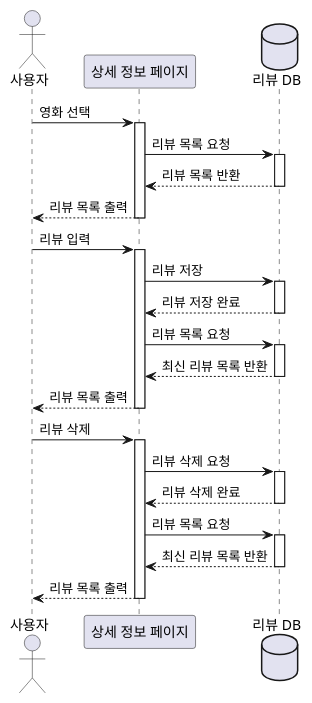
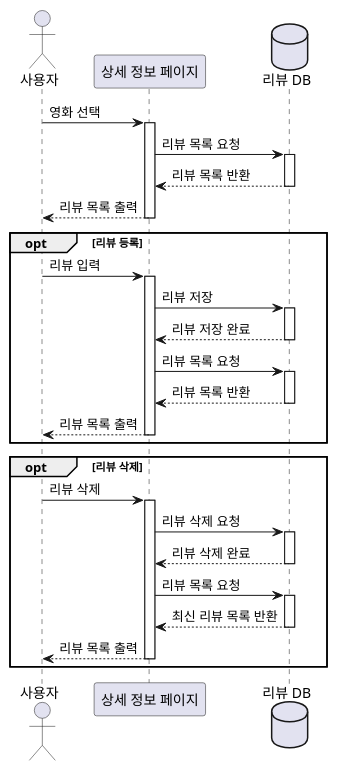
One commit to marmot8080/SWE changed the diagram in src/sequence_review.puml. Above: the diagram before and after it, drawn with PlantUML. The commit also changed 6 other files, not shown here.

Commit message:
Update sequence diagram

```diff
--- a/src/sequence_review.puml
+++ b/src/sequence_review.puml
@@ -1,42 +1,46 @@
 @startuml
 
 actor "사용자" as user
 participant "상세 정보 페이지" as detailPage
 database "리뷰 DB" as db
 
 user -> detailPage : 영화 선택
 activate detailPage
 detailPage -> db : 리뷰 목록 요청
 activate db
 db --> detailPage : 리뷰 목록 반환
 deactivate db
 detailPage --> user : 리뷰 목록 출력
 deactivate detailPage
 
+opt 리뷰 등록
 user -> detailPage : 리뷰 입력
 activate detailPage
 detailPage -> db : 리뷰 저장
 activate db
 db --> detailPage : 리뷰 저장 완료
 deactivate db
 detailPage -> db : 리뷰 목록 요청
 activate db
-db --> detailPage : 최신 리뷰 목록 반환
+db --> detailPage : 리뷰 목록 반환
 deactivate db
 detailPage --> user : 리뷰 목록 출력
 deactivate detailPage
+end
 
+opt 리뷰 삭제
 user -> detailPage : 리뷰 삭제
 activate detailPage
 detailPage -> db : 리뷰 삭제 요청
 activate db
 db --> detailPage : 리뷰 삭제 완료
 deactivate db
 detailPage -> db : 리뷰 목록 요청
 activate db
 db --> detailPage : 최신 리뷰 목록 반환
 deactivate db
 detailPage --> user : 리뷰 목록 출력
 deactivate detailPage
+end
 
 @enduml
```
